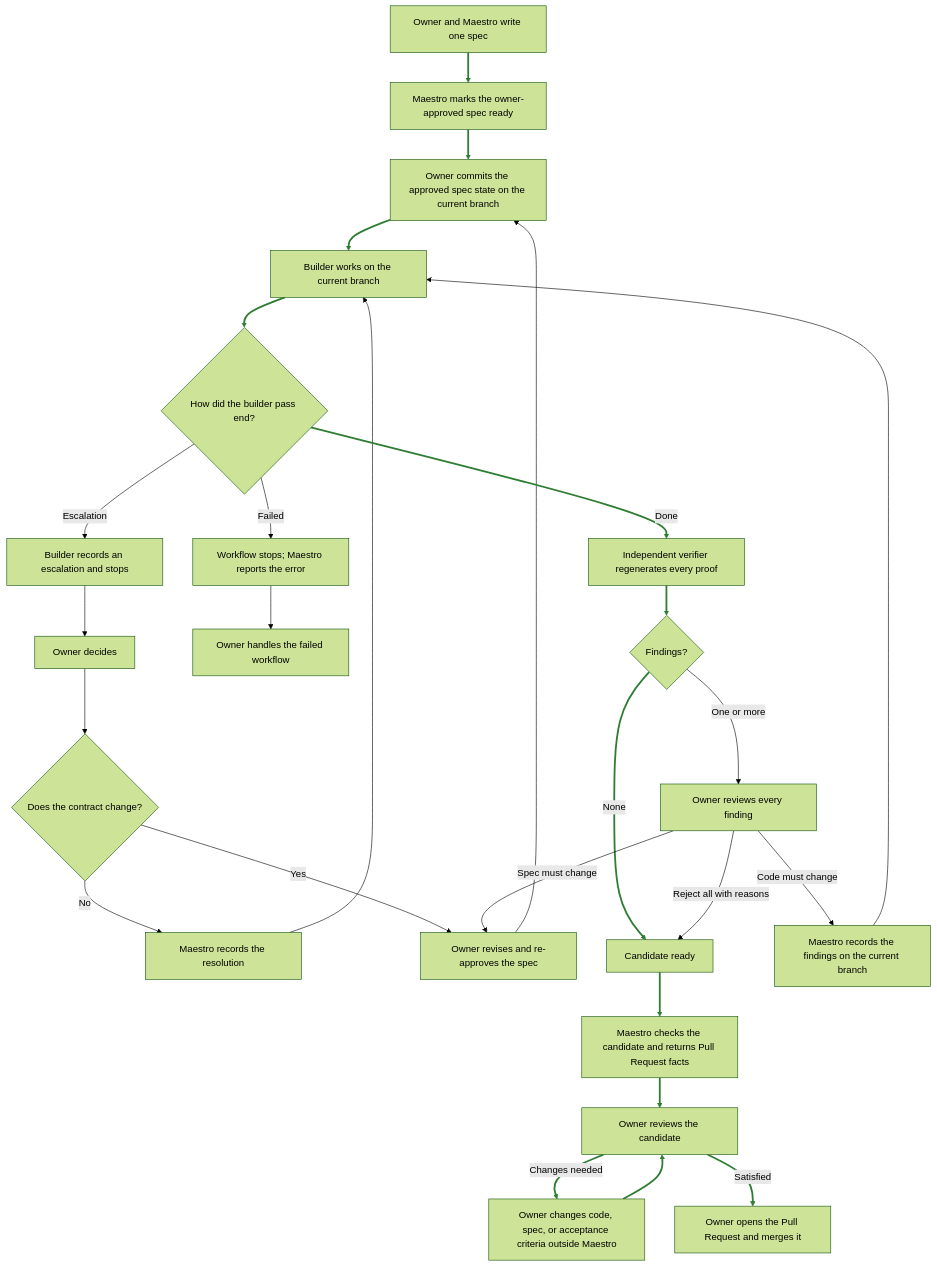
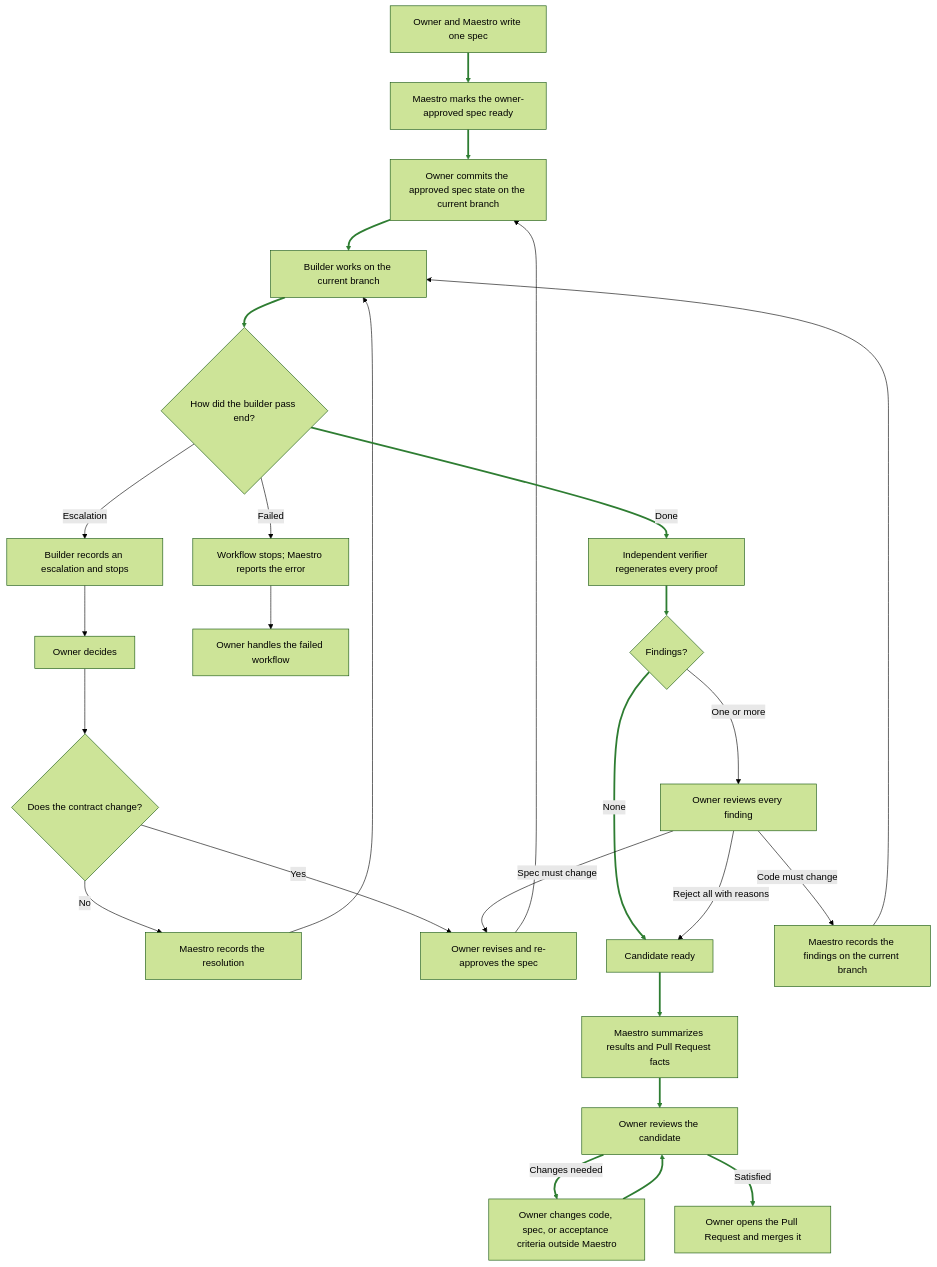
Before and after one commit to emilioSp/pi-maestro: the diagram in plan.md, drawn with Mermaid (forest theme). The commit also changed other lines of this file and 12 other files, not shown here.

````diff
--- a/plan.md
+++ b/plan.md
@@ -691,45 +690,45 @@
 ```mermaid
 flowchart TD
     spec[Owner and Maestro write one spec]
     ready[Maestro marks the owner-approved spec ready]
     approval[Owner commits the approved spec state on the current branch]
     build[Builder works on the current branch]
     buildOutcome{How did the builder pass end?}
 
     spec --> ready
     ready --> approval
     approval --> build
     build --> buildOutcome
 
     buildOutcome -->|Escalation| escalation[Builder records an escalation and stops]
     escalation --> ownerAnswer[Owner decides]
     ownerAnswer --> escalationOutcome{Does the contract change?}
     escalationOutcome -->|No| recordContinue[Maestro records the resolution]
     recordContinue --> build
     escalationOutcome -->|Yes| reviseSpec[Owner revises and re-approves the spec]
     reviseSpec --> approval
 
     buildOutcome -->|Failed| builderFailed[Workflow stops; Maestro reports the error]
     builderFailed --> manualAbandon[Owner handles the failed workflow]
 
     buildOutcome -->|Done| verify[Independent verifier regenerates every proof]
     verify --> findings{Findings?}
 
     findings -->|None| candidate[Candidate ready]
     findings -->|One or more| ownerFindings[Owner reviews every finding]
 
     ownerFindings -->|Reject all with reasons| candidate
     ownerFindings -->|Code must change| returnBuilder[Maestro records the findings on the current branch]
     returnBuilder --> build
 
     ownerFindings -->|Spec must change| reviseSpec
 
-    candidate --> checked[Maestro checks the candidate and returns Pull Request facts]
-    checked --> humanReview[Owner reviews the candidate]
+    candidate --> summary[Maestro summarizes results and Pull Request facts]
+    summary --> humanReview[Owner reviews the candidate]
 
     humanReview -->|Changes needed| adjust[Owner changes code, spec, or acceptance criteria outside Maestro]
     adjust --> humanReview
     humanReview -->|Satisfied| finalCommit[Owner opens the Pull Request and merges it]
 
     linkStyle 0,1,2,3,13,14,15,21,22,23,24,25 stroke:#2e7d32,stroke-width:3px
 ```
````
